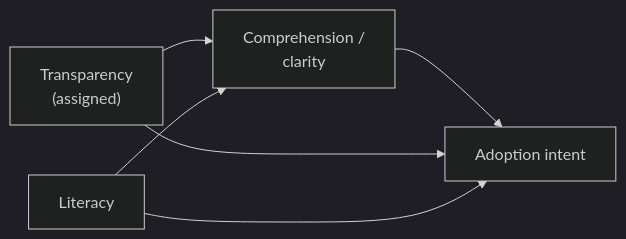
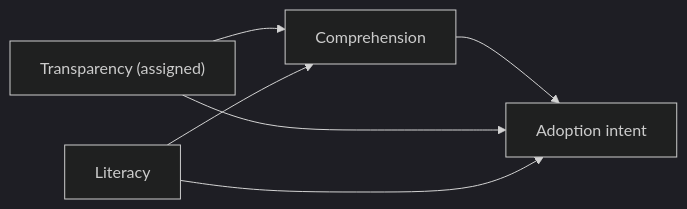
Before and after one commit to DanRSchley/Nested-Data-Workshop: the diagram in module-5/part8-worked-example.qmd, drawn with Mermaid (dark theme). The commit also changed other lines of this file, not shown here.

````diff
--- a/module-5/part8-worked-example.qmd
+++ b/module-5/part8-worked-example.qmd
@@ -412,8 +344,8 @@
 ```{mermaid}
 flowchart LR
-  T["Transparency\n(assigned)"] --> C["Comprehension /\nclarity"]
+  T["Transparency (assigned)"] --> C["Comprehension"]
   C --> Y["Adoption intent"]
   T --> Y
   L["Literacy"] --> C
   L --> Y
 ```
````
